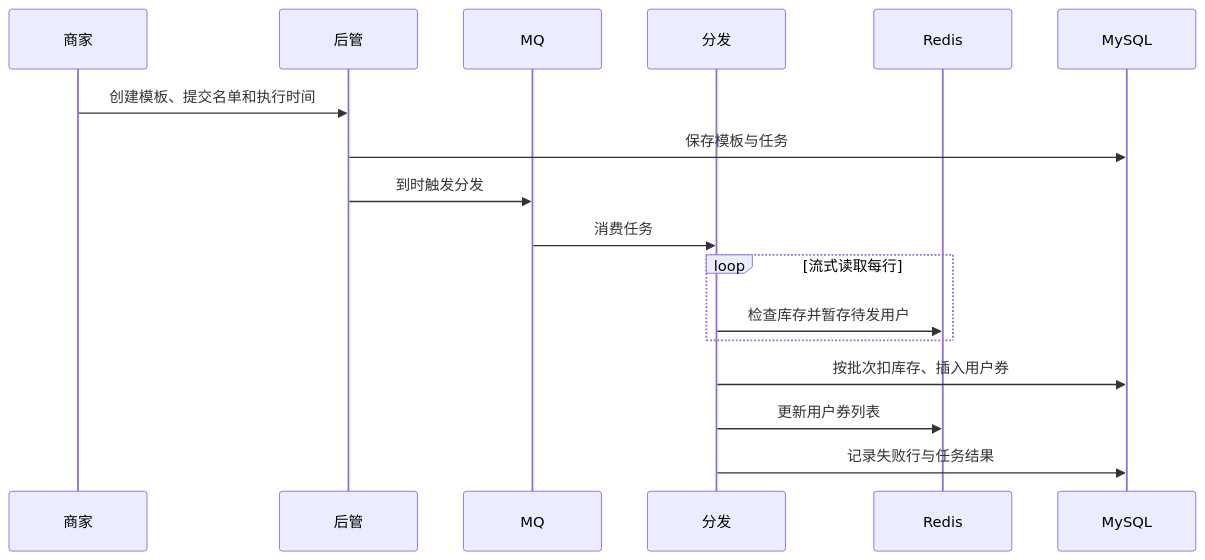
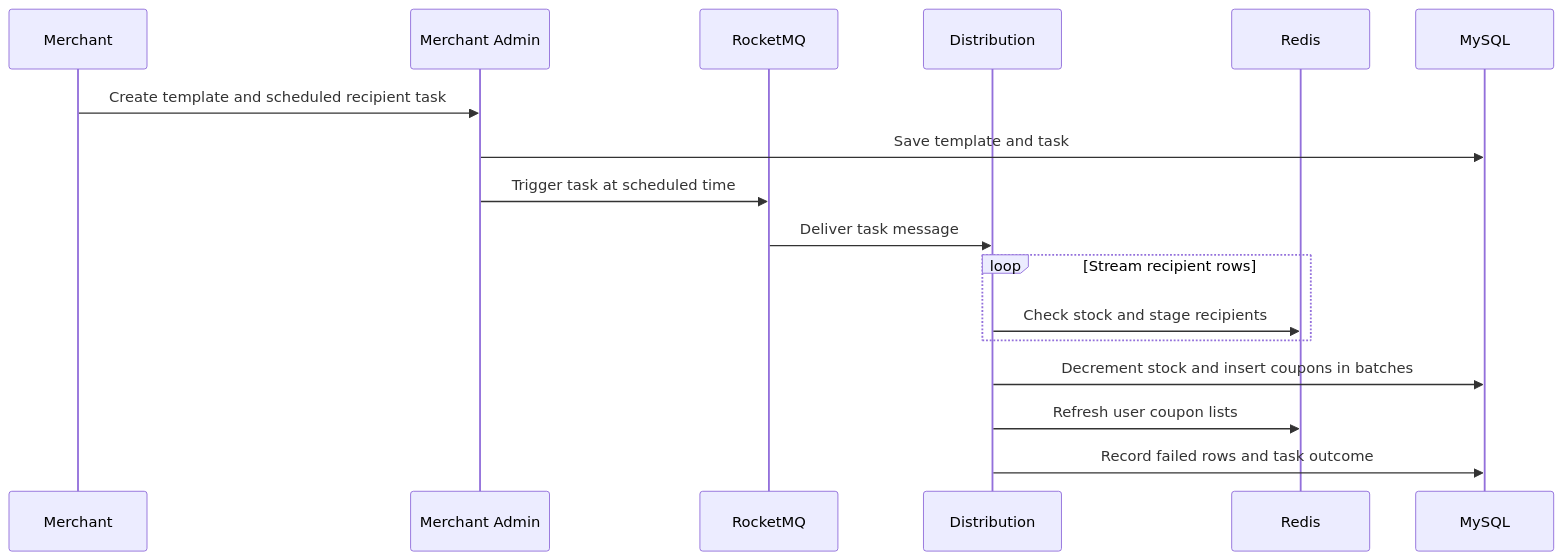
One commit to aimee-RH/distributed-coupon-system changed the diagram in docs/architecture.md. Above: the diagram before and after it, drawn with Mermaid. The commit also changed other lines of this file and 3 other files, not shown here.

````diff
--- a/docs/architecture.md
+++ b/docs/architecture.md
@@ -16,19 +16,19 @@
 ```mermaid
 sequenceDiagram
-  participant M as 商家
-  participant A as 后管
-  participant Q as MQ
-  participant D as 分发
+  participant M as Merchant
+  participant A as Merchant Admin
+  participant Q as RocketMQ
+  participant D as Distribution
   participant R as Redis
   participant DB as MySQL
-  M->>A: 创建模板、提交名单和执行时间
-  A->>DB: 保存模板与任务
-  A->>Q: 到时触发分发
-  Q->>D: 消费任务
-  loop 流式读取每行
-    D->>R: 检查库存并暂存待发用户
+  M->>A: Create template and scheduled recipient task
+  A->>DB: Save template and task
+  A->>Q: Trigger task at scheduled time
+  Q->>D: Deliver task message
+  loop Stream recipient rows
+    D->>R: Check stock and stage recipients
   end
-  D->>DB: 按批次扣库存、插入用户券
-  D->>R: 更新用户券列表
-  D->>DB: 记录失败行与任务结果
+  D->>DB: Decrement stock and insert coupons in batches
+  D->>R: Refresh user coupon lists
+  D->>DB: Record failed rows and task outcome
 ```
````
